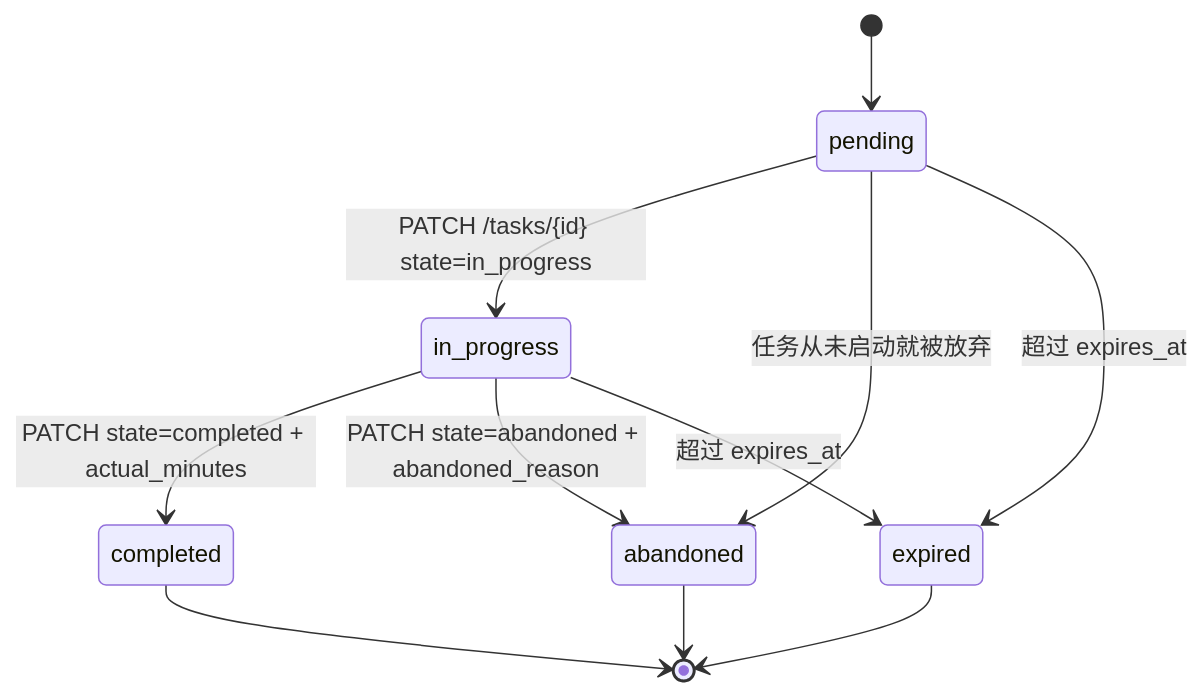
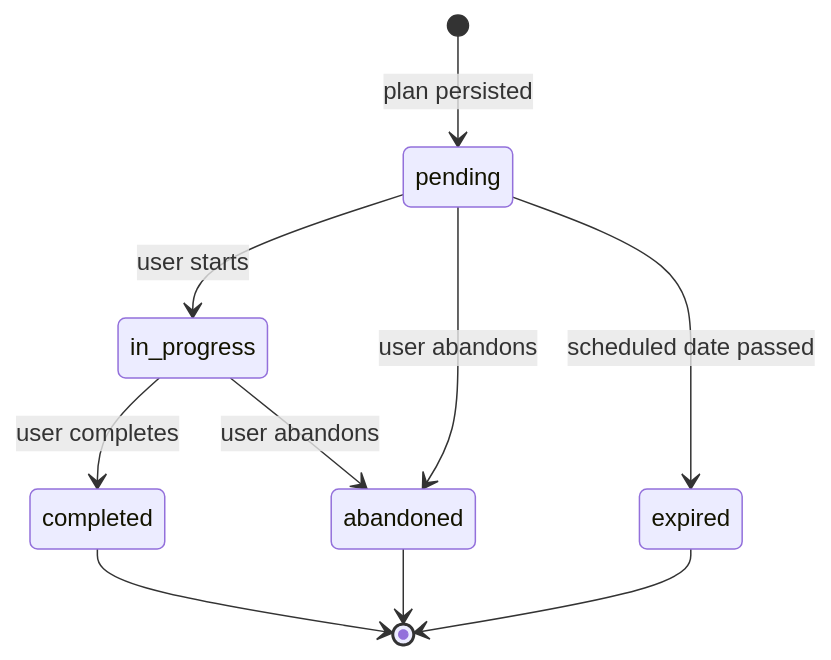
The diagram in docs/model-design/state-machines/task-state.mmd (lyyjsr/career-planning-buddy), drawn with Mermaid before and after one commit. The commit also changed other lines of this file and 155 other files, not shown here.

````diff
--- a/docs/model-design/state-machines/task-state.mmd
+++ b/docs/model-design/state-machines/task-state.mmd
@@ -3,13 +3,12 @@
 ```mermaid
 stateDiagram-v2
-    [*] --> pending
-    pending --> in_progress: PATCH /tasks/{id} state=in_progress
-    in_progress --> completed: PATCH state=completed + actual_minutes
-    in_progress --> abandoned: PATCH state=abandoned + abandoned_reason
-    pending --> abandoned: 任务从未启动就被放弃
-    pending --> expired: 超过 expires_at
-    in_progress --> expired: 超过 expires_at
+    [*] --> pending: plan persisted
+    pending --> in_progress: user starts
+    pending --> abandoned: user abandons
+    pending --> expired: scheduled date passed
+    in_progress --> completed: user completes
+    in_progress --> abandoned: user abandons
     completed --> [*]
     abandoned --> [*]
     expired --> [*]
 ```
````
